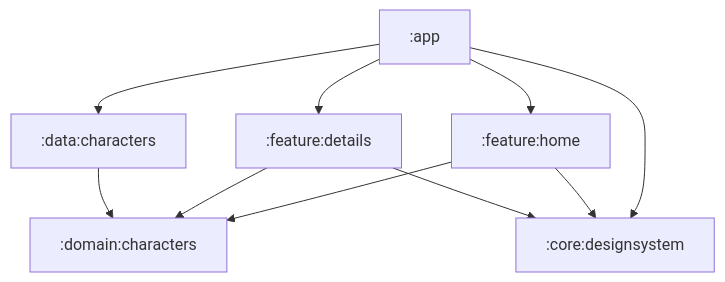
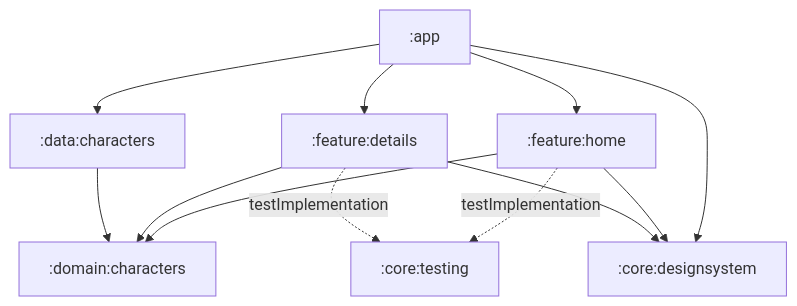
One commit to asensiodev/RickAndMortyCharacters changed the diagram in docs/ARCHITECTURE.md. Above: the diagram before and after it, drawn with Mermaid. The commit also changed other lines of this file and 54 other files, not shown here.

````diff
--- a/docs/ARCHITECTURE.md
+++ b/docs/ARCHITECTURE.md
@@ -16,12 +17,14 @@
 ```mermaid
 flowchart TD
     App[":app"] --> Home[":feature:home"]
     App --> Details[":feature:details"]
     App --> Data[":data:characters"]
     App --> UI[":core:designsystem"]
     Home --> Domain[":domain:characters"]
     Details --> Domain
     Home --> UI
     Details --> UI
     Data --> Domain
+    Home -. testImplementation .-> Testing[":core:testing"]
+    Details -. testImplementation .-> Testing
 ```
````
